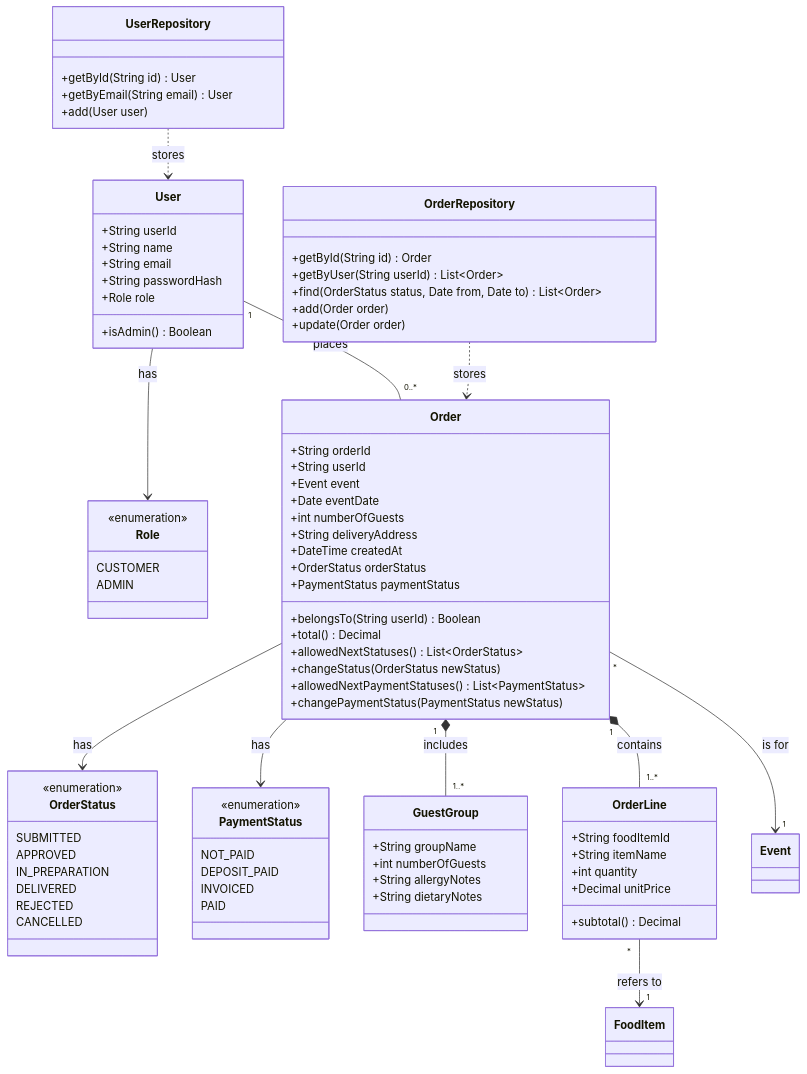
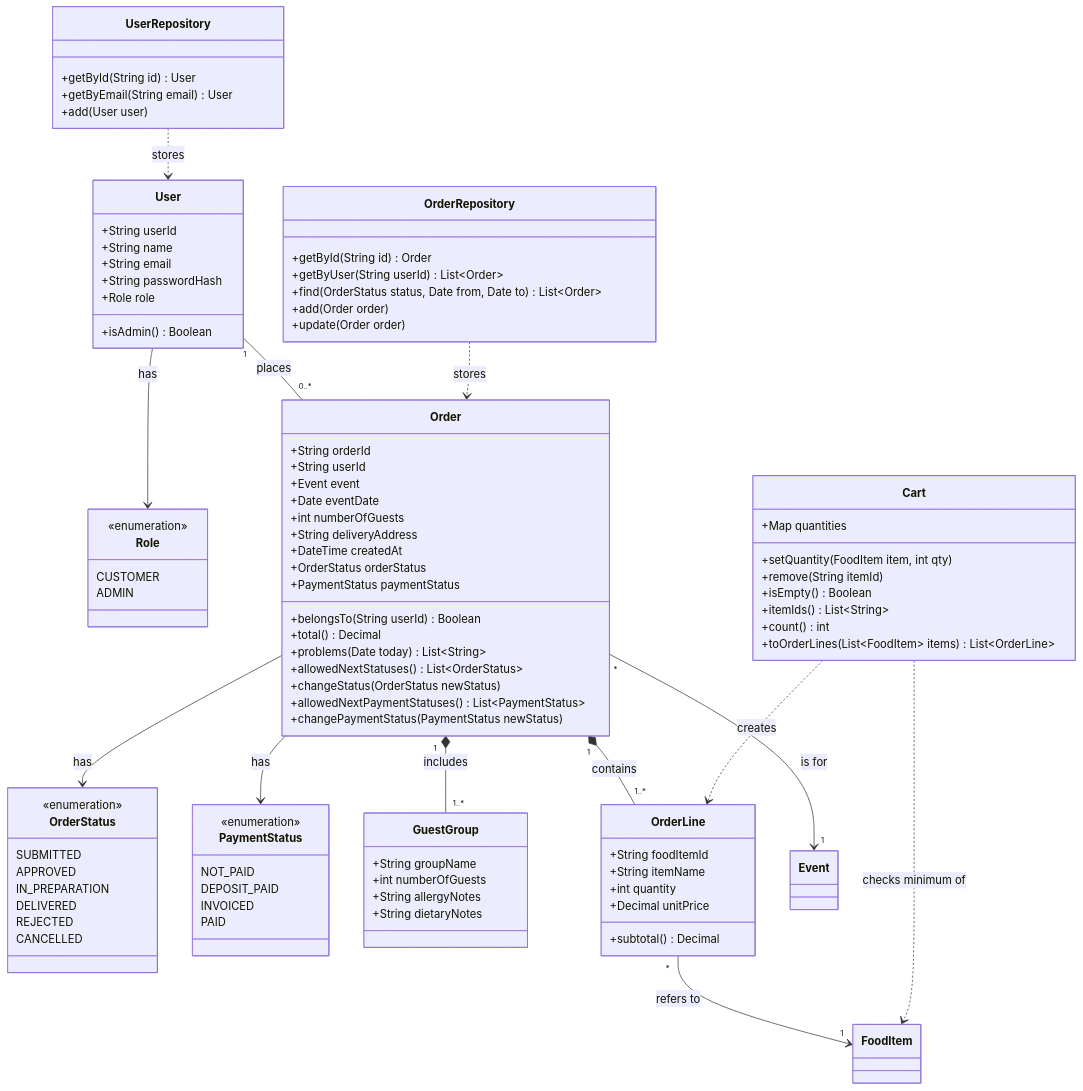
The diagram in docs/plans/domain-orders-class.md (vikri8772/assignment4), drawn with Mermaid before and after one commit. The commit also changed other lines of this file and 4 other files, not shown here.

First line of the commit message:
Add Cart domain class and order form checks for C2 and C3

```diff
--- a/docs/plans/domain-orders-class.md
+++ b/docs/plans/domain-orders-class.md
@@ -51,6 +51,7 @@
         +PaymentStatus paymentStatus
         +belongsTo(String userId) Boolean
         +total() Decimal
+        +problems(Date today) List~String~
         +allowedNextStatuses() List~OrderStatus~
         +changeStatus(OrderStatus newStatus)
         +allowedNextPaymentStatuses() List~PaymentStatus~
@@ -70,6 +71,16 @@
         +int quantity
         +Decimal unitPrice
         +subtotal() Decimal
+    }
+
+    class Cart {
+        +Map quantities
+        +setQuantity(FoodItem item, int qty)
+        +remove(String itemId)
+        +isEmpty() Boolean
+        +itemIds() List~String~
+        +count() int
+        +toOrderLines(List~FoodItem~ items) List~OrderLine~
     }
 
     class UserRepository {
@@ -97,6 +108,8 @@
     Order --> PaymentStatus : has
     Order "*" --> "1" Event : is for
     OrderLine "*" --> "1" FoodItem : refers to
+    Cart ..> FoodItem : checks minimum of
+    Cart ..> OrderLine : creates
     UserRepository ..> User : stores
     OrderRepository ..> Order : stores
 
```
